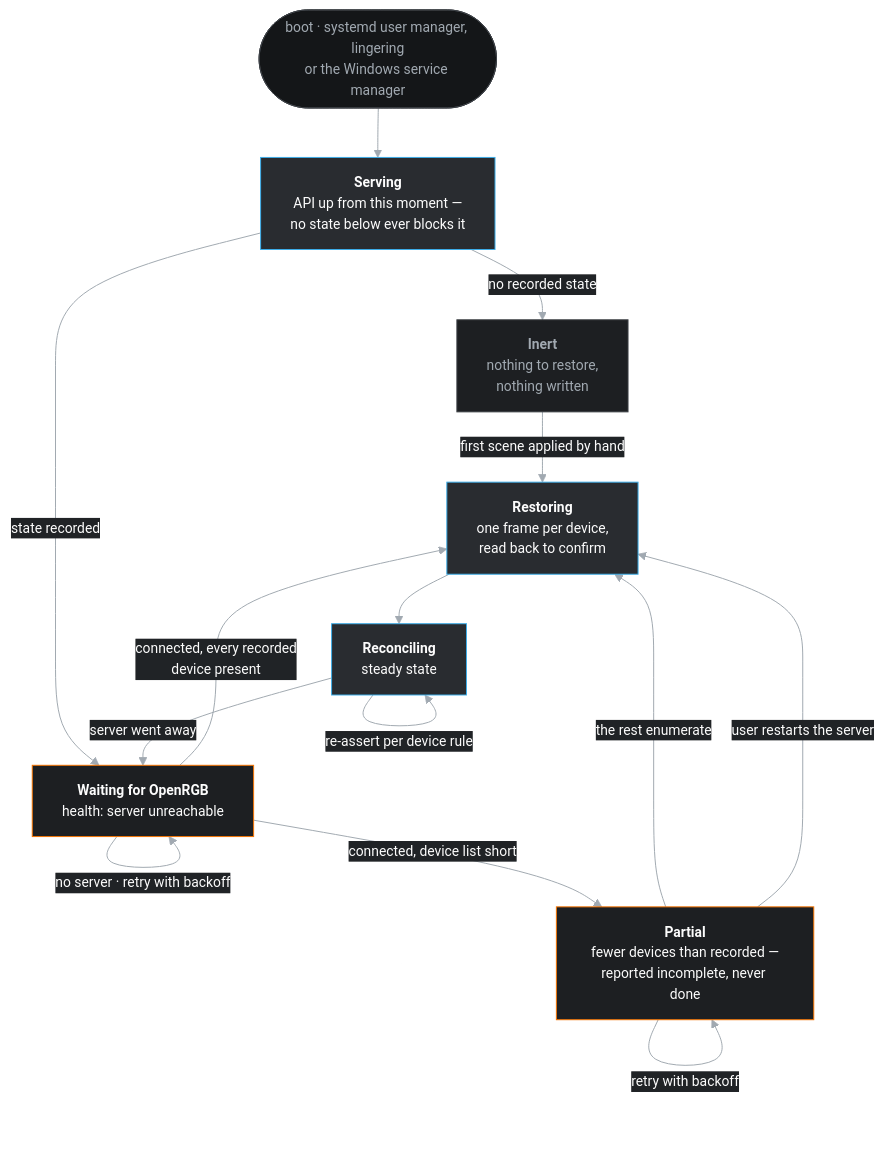
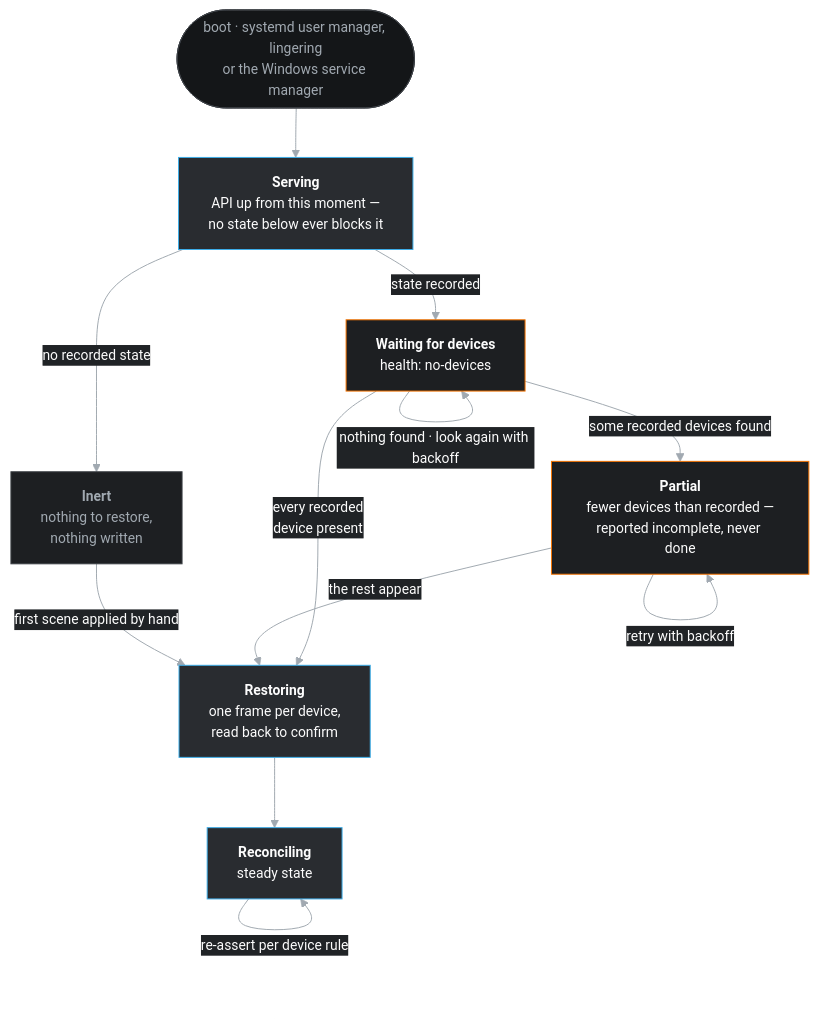
The second of 3 diagrams in docs/architecture.md (ushineko/hotaru), drawn with Mermaid before and after one commit. The commit also changed other lines of this file and 118 other files, not shown here.

````diff
--- a/docs/architecture.md
+++ b/docs/architecture.md
@@ -120,43 +116,41 @@
 ```mermaid
 %%{init: {"theme":"base","themeVariables":{
   "background":"#202326",
   "primaryColor":"#292c30","primaryTextColor":"#fcfcfc","primaryBorderColor":"#3c4045",
   "secondaryColor":"#1d1f22","tertiaryColor":"#141618",
   "lineColor":"#a1a9b1","textColor":"#fcfcfc","titleColor":"#fcfcfc",
   "clusterBkg":"#141618","clusterBorder":"#3c4045",
   "edgeLabelBackground":"#202326","nodeTextColor":"#fcfcfc",
   "fontFamily":"Noto Sans, Segoe UI, sans-serif","fontSize":"14px"
 }}}%%
 flowchart TB
     BOOT(["boot · systemd user manager, lingering<br/>or the Windows service manager"]) --> SERVE
 
     SERVE["<b>Serving</b><br/>API up from this moment —<br/>no state below ever blocks it"]
     SERVE -->|"no recorded state"| INERT["<b>Inert</b><br/>nothing to restore,<br/>nothing written"]
     SERVE -->|"state recorded"| WAIT
 
-    WAIT["<b>Waiting for OpenRGB</b><br/>health: server unreachable"]
-    WAIT -->|"no server · retry with backoff"| WAIT
-    WAIT -->|"connected, device list short"| PART
-    WAIT -->|"connected, every recorded<br/>device present"| REST
+    WAIT["<b>Waiting for devices</b><br/>health: no-devices"]
+    WAIT -->|"nothing found · look again with backoff"| WAIT
+    WAIT -->|"some recorded devices found"| PART
+    WAIT -->|"every recorded<br/>device present"| REST
 
     PART["<b>Partial</b><br/>fewer devices than recorded —<br/>reported incomplete, never done"]
     PART -->|"retry with backoff"| PART
-    PART -->|"the rest enumerate"| REST
-    PART -->|"user restarts the server"| REST
+    PART -->|"the rest appear"| REST
 
     REST["<b>Restoring</b><br/>one frame per device,<br/>read back to confirm"] --> STEADY
 
     STEADY["<b>Reconciling</b><br/>steady state"]
     STEADY -->|"re-assert per device rule"| STEADY
-    STEADY -->|"server went away"| WAIT
     INERT -->|"first scene applied by hand"| REST
 
     classDef ok fill:#292c30,stroke:#3daee9,color:#fcfcfc
     classDef wait fill:#1d1f22,stroke:#f67400,color:#fcfcfc
     classDef idle fill:#1d1f22,stroke:#3c4045,color:#a1a9b1
     classDef entry fill:#141618,stroke:#3c4045,color:#a1a9b1
     class SERVE,REST,STEADY ok
     class WAIT,PART wait
     class INERT idle
     class BOOT entry
 ```
````
